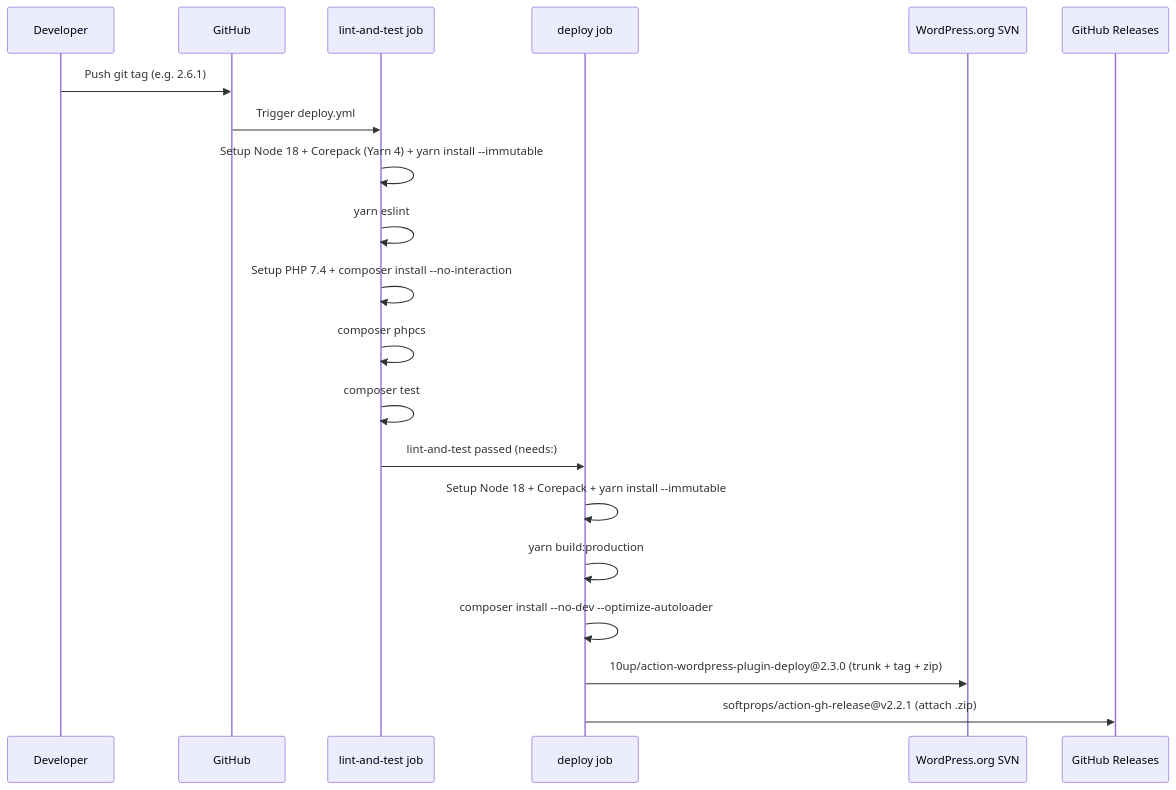
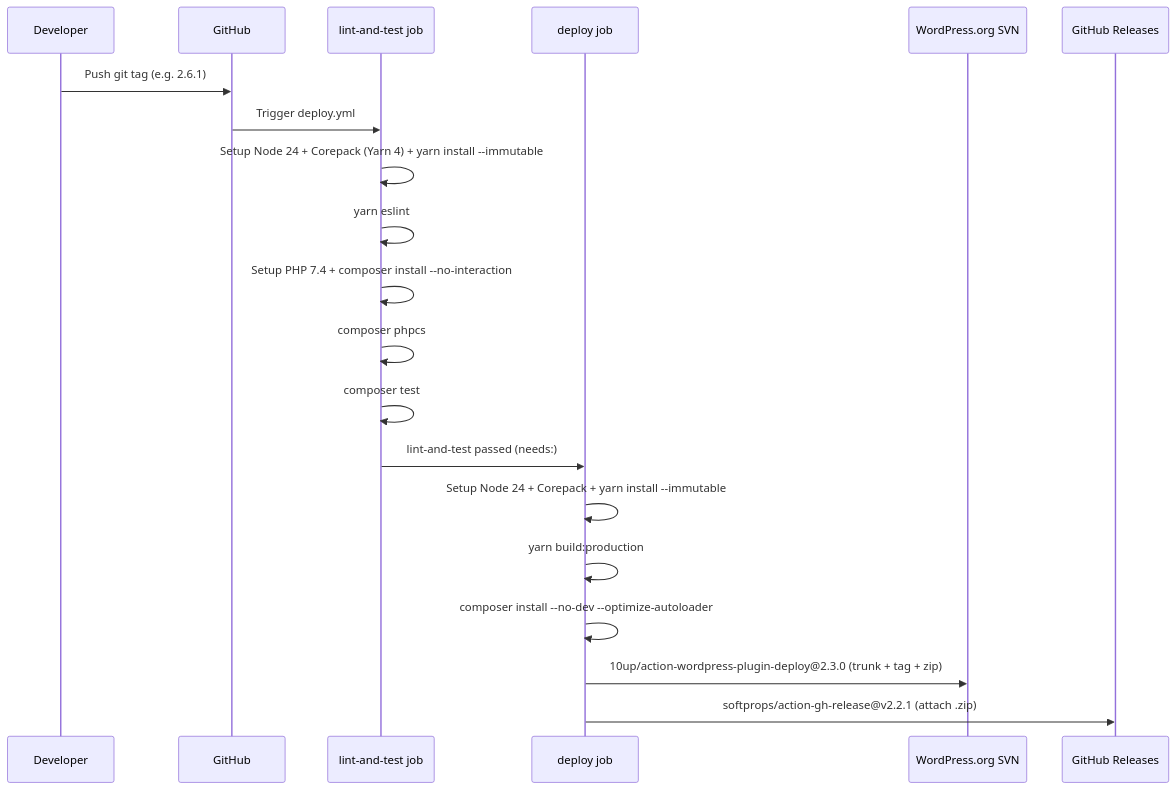
Before and after one commit to axeptio/wordpress-plugin: the diagram in docs/deployment/workflows.md, drawn with Mermaid. The commit also changed other lines of this file and 2 other files, not shown here.

````diff
--- a/docs/deployment/workflows.md
+++ b/docs/deployment/workflows.md
@@ -14,23 +14,23 @@
 ```mermaid
 sequenceDiagram
     participant Dev as Developer
     participant GH as GitHub
     participant LA as lint-and-test job
     participant DJ as deploy job
     participant SVN as WordPress.org SVN
     participant GHR as GitHub Releases
 
     Dev->>GH: Push git tag (e.g. 2.6.1)
     GH->>LA: Trigger deploy.yml
-    LA->>LA: Setup Node 18 + Corepack (Yarn 4) + yarn install --immutable
+    LA->>LA: Setup Node 24 + Corepack (Yarn 4) + yarn install --immutable
     LA->>LA: yarn eslint
     LA->>LA: Setup PHP 7.4 + composer install --no-interaction
     LA->>LA: composer phpcs
     LA->>LA: composer test
     LA->>DJ: lint-and-test passed (needs:)
-    DJ->>DJ: Setup Node 18 + Corepack + yarn install --immutable
+    DJ->>DJ: Setup Node 24 + Corepack + yarn install --immutable
     DJ->>DJ: yarn build:production
     DJ->>DJ: composer install --no-dev --optimize-autoloader
     DJ->>SVN: 10up/action-wordpress-plugin-deploy@2.3.0 (trunk + tag + zip)
     DJ->>GHR: softprops/action-gh-release@v2.2.1 (attach .zip)
 ```
````
